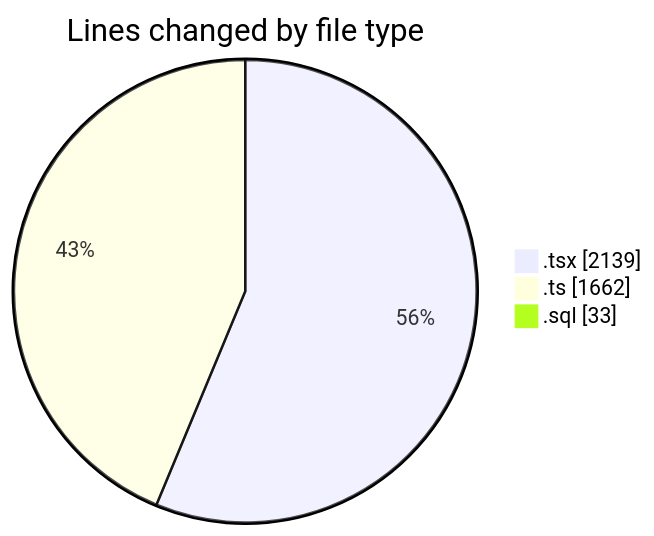
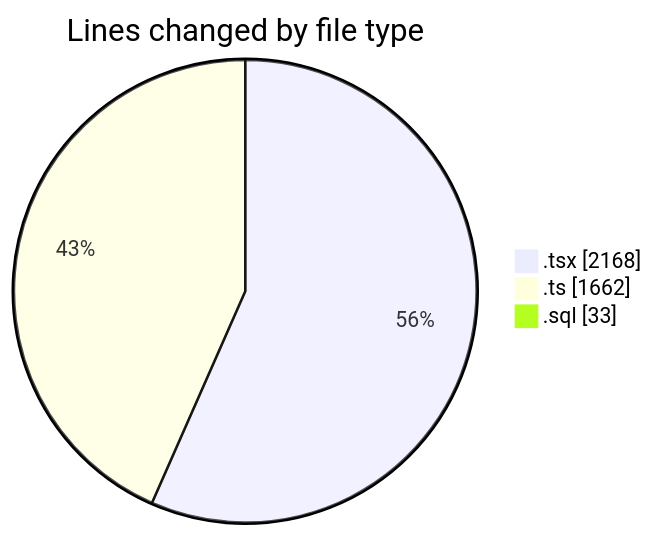
The first of 2 diagrams in 2025-09-05/hiai-phf/README.md (lephambinh05/code-tracking), drawn with Mermaid before and after one commit. The commit also changed other lines of this file and 1 other file, not shown here.

````diff
--- a/2025-09-05/hiai-phf/README.md
+++ b/2025-09-05/hiai-phf/README.md
@@ -55,7 +55,7 @@
 ```mermaid
 pie showData
 title Lines changed by file type
-".tsx" : 2139
+".tsx" : 2168
 ".ts" : 1662
 ".sql" : 33
 ```
````
